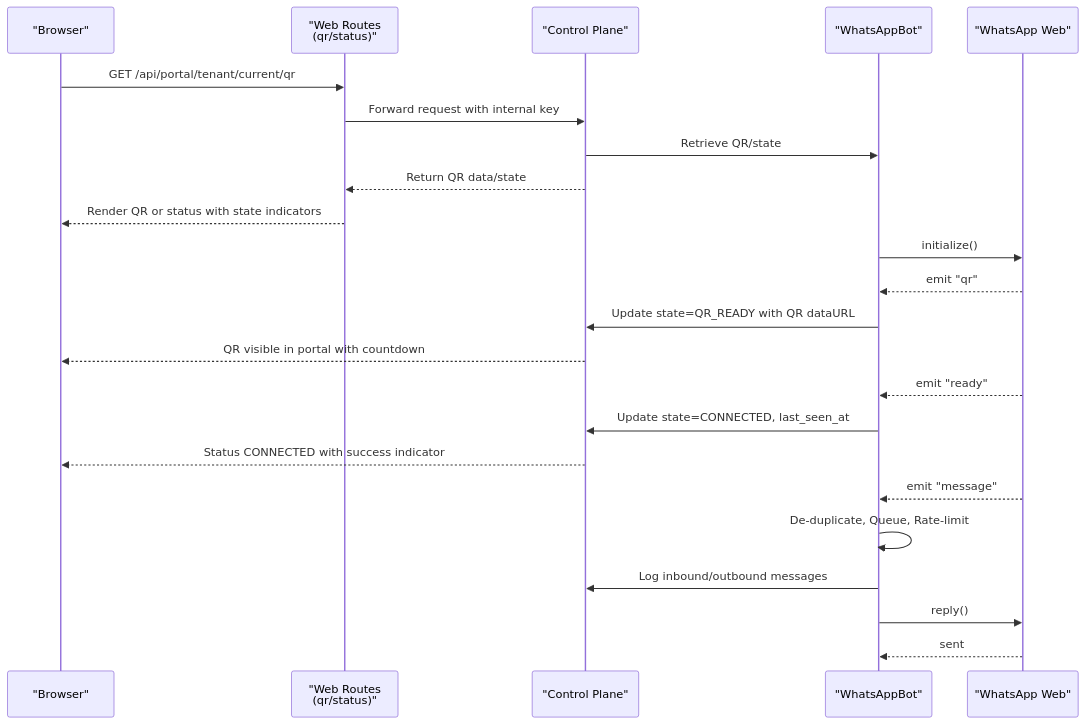
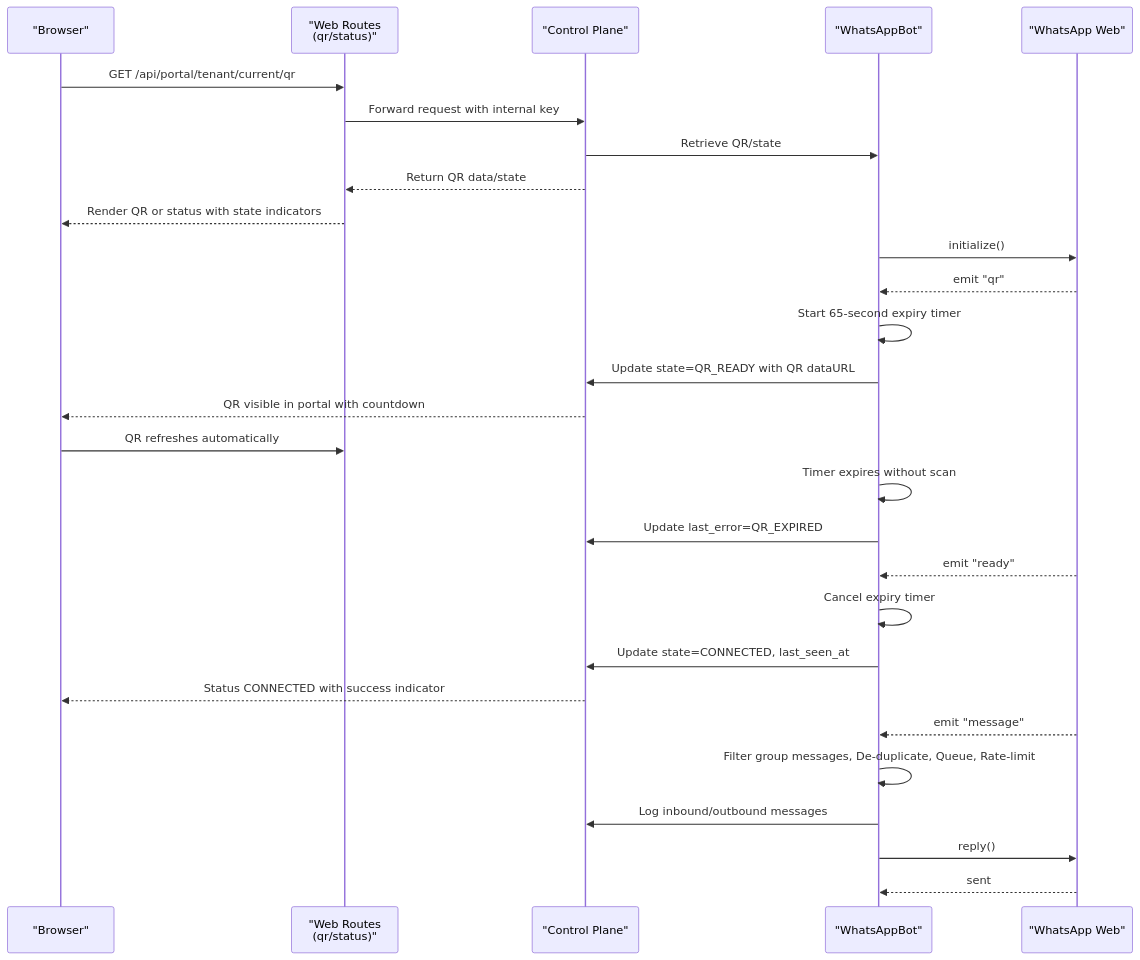
The second of 8 diagrams in .qoder/repowiki/en/content/WhatsApp Integration/WhatsApp Integration.md (askchiwa-spec/FLOW-HQ-BOT), drawn with Mermaid before and after one commit. The commit also changed other lines of this file and 27 other files, not shown here.

````diff
--- a/.qoder/repowiki/en/content/WhatsApp Integration/WhatsApp Integration.md
+++ b/.qoder/repowiki/en/content/WhatsApp Integration/WhatsApp Integration.md
@@ -133,25 +147,30 @@
 ```mermaid
 sequenceDiagram
 participant Browser as "Browser"
 participant Web as "Web Routes<br/>(qr/status)"
 participant Control as "Control Plane"
 participant Worker as "WhatsAppBot"
 participant WA as "WhatsApp Web"
 Browser->>Web : GET /api/portal/tenant/current/qr
 Web->>Control : Forward request with internal key
 Control->>Worker : Retrieve QR/state
 Control-->>Web : Return QR data/state
 Web-->>Browser : Render QR or status with state indicators
 Worker->>WA : initialize()
 WA-->>Worker : emit "qr"
+Worker->>Worker : Start 65-second expiry timer
 Worker->>Control : Update state=QR_READY with QR dataURL
 Control-->>Browser : QR visible in portal with countdown
+Browser->>Web : QR refreshes automatically
+Worker->>Worker : Timer expires without scan
+Worker->>Control : Update last_error=QR_EXPIRED
 WA-->>Worker : emit "ready"
+Worker->>Worker : Cancel expiry timer
 Worker->>Control : Update state=CONNECTED, last_seen_at
 Control-->>Browser : Status CONNECTED with success indicator
 WA-->>Worker : emit "message"
-Worker->>Worker : De-duplicate, Queue, Rate-limit
+Worker->>Worker : Filter group messages, De-duplicate, Queue, Rate-limit
 Worker->>Control : Log inbound/outbound messages
 Worker->>WA : reply()
 WA-->>Worker : sent
 ```
````
